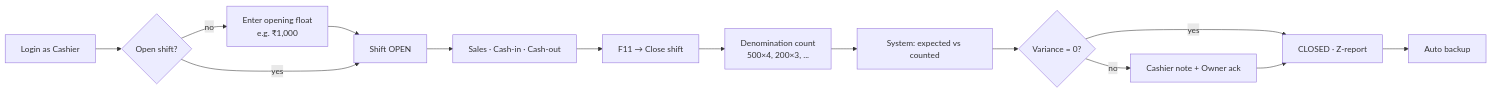
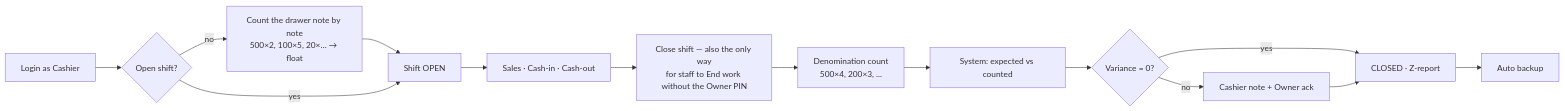
Before and after one commit to awsudemy01-stack/vaishnavi-stock-management: the second of 4 diagrams in docs/05-billing-and-anti-theft.md, drawn with Mermaid. The commit also changed other lines of this file, not shown here.

````diff
--- a/docs/05-billing-and-anti-theft.md
+++ b/docs/05-billing-and-anti-theft.md
@@ -199,14 +206,14 @@
 ```mermaid
 flowchart LR
   A[Login as Cashier] --> B{Open shift?}
-  B -- no --> C[Enter opening float<br/>e.g. ₹1,000] --> D[Shift OPEN]
+  B -- no --> C[Count the drawer note by note<br/>500×2, 100×5, 20×… → float] --> D[Shift OPEN]
   B -- yes --> D
   D --> E[Sales · Cash-in · Cash-out]
-  E --> F[F11 → Close shift]
+  E --> F[Close shift — also the only way<br/>for staff to End work without the Owner PIN]
   F --> G[Denomination count<br/>500×4, 200×3, ...]
   G --> H[System: expected vs counted]
   H --> I{Variance = 0?}
   I -- yes --> J[CLOSED · Z-report]
   I -- no --> K[Cashier note + Owner ack] --> J
   J --> L[Auto backup]
 ```
````
